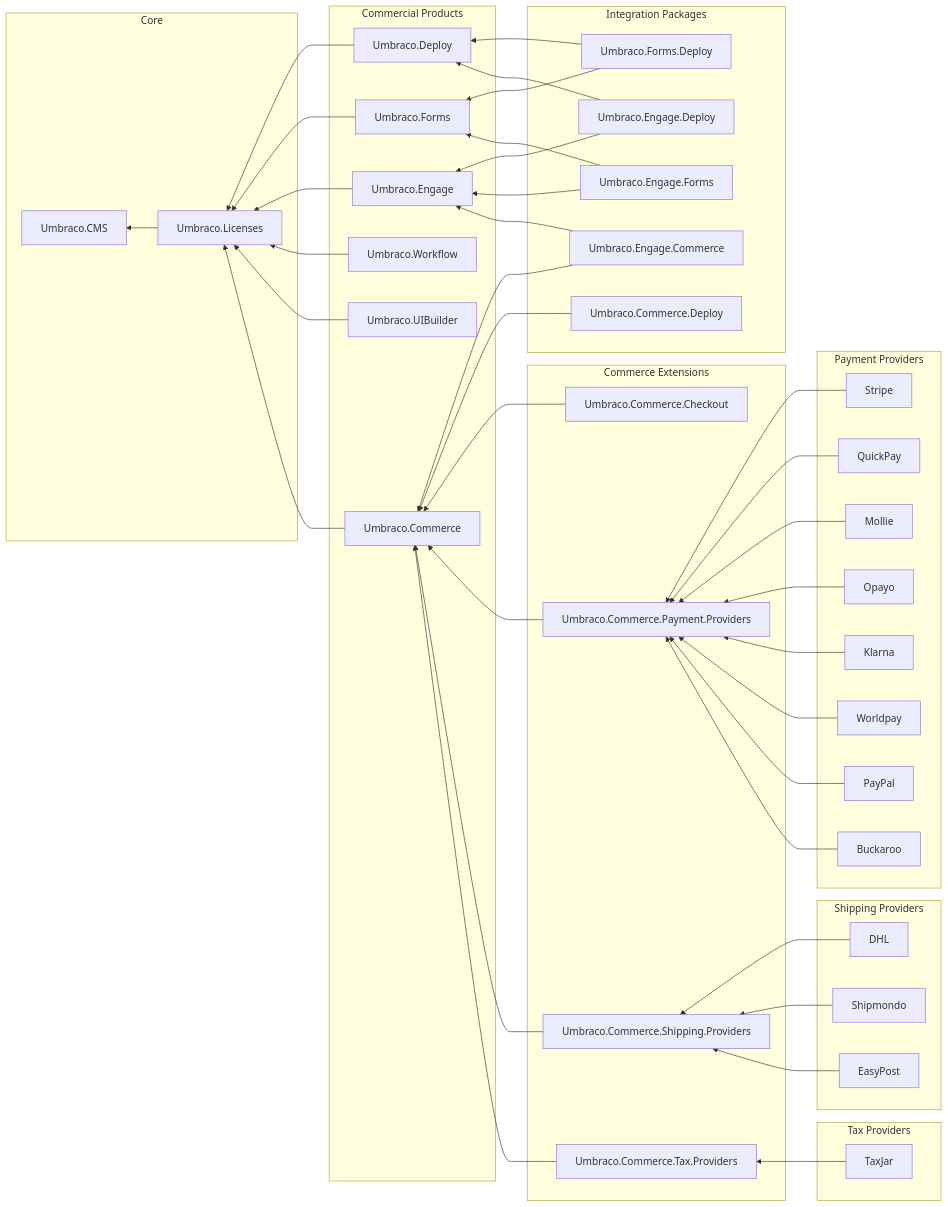
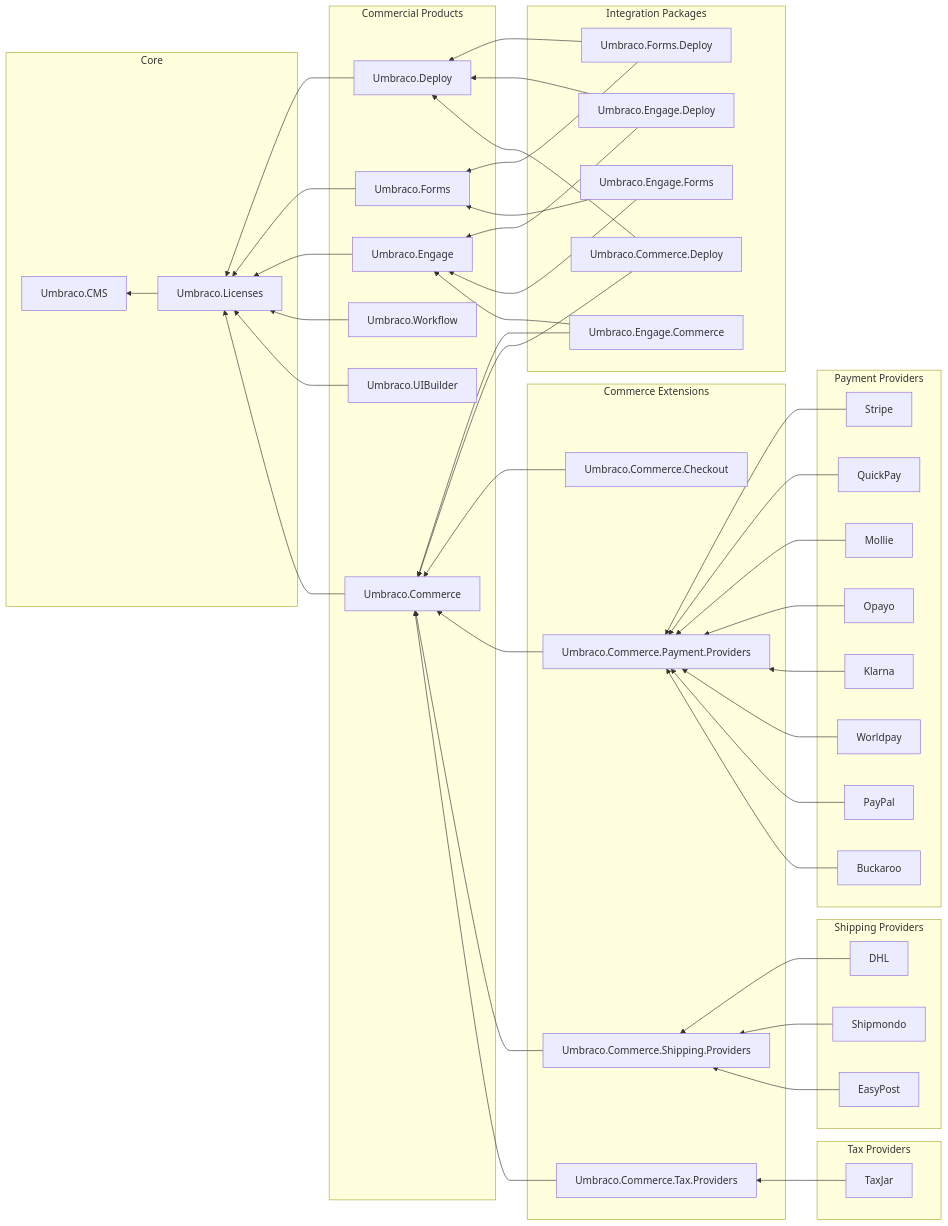
Before and after one commit to umbraco/UmbracoDocs: the diagram in marketplace-and-integrations/commercial-product-dependencies.md, drawn with Mermaid.

````diff
--- a/marketplace-and-integrations/commercial-product-dependencies.md
+++ b/marketplace-and-integrations/commercial-product-dependencies.md
@@ -9,69 +9,70 @@
 ```mermaid
 graph RL
     subgraph Core
         CMS["Umbraco.CMS"]
         Licenses["Umbraco.Licenses"]
         Licenses --> CMS
     end
 
     subgraph "Commercial Products"
         Deploy["Umbraco.Deploy"]
         Forms["Umbraco.Forms"]
         Engage["Umbraco.Engage"]
         Commerce["Umbraco.Commerce"]
         Workflow["Umbraco.Workflow"]
         UIBuilder["Umbraco.UIBuilder"]
     end
 
     Deploy --> Licenses
     Forms --> Licenses
     Engage --> Licenses
     Workflow --> Licenses
     UIBuilder --> Licenses
     Commerce --> Licenses
 
     subgraph "Integration Packages"
         FormsDeploy["Umbraco.Forms.Deploy"]
         EngageDeploy["Umbraco.Engage.Deploy"]
         EngageForms["Umbraco.Engage.Forms"]
         EngageCommerce["Umbraco.Engage.Commerce"]
         CommerceDeploy["Umbraco.Commerce.Deploy"]
     end
 
     FormsDeploy --> Forms
     FormsDeploy --> Deploy
     EngageDeploy --> Engage
     EngageDeploy --> Deploy
     EngageForms --> Engage
     EngageForms --> Forms
     EngageCommerce --> Engage
     EngageCommerce --> Commerce
     CommerceDeploy --> Commerce
+    CommerceDeploy --> Deploy
 
     subgraph "Commerce Extensions"
         CommerceCheckout["Umbraco.Commerce.Checkout"]
         CommercePaymentProviders["Umbraco.Commerce.Payment.Providers"]
         CommerceShippingProviders["Umbraco.Commerce.Shipping.Providers"]
         CommerceTaxProviders["Umbraco.Commerce.Tax.Providers"]
     end
 
     CommerceCheckout --> Commerce
     CommercePaymentProviders --> Commerce
     CommerceShippingProviders --> Commerce
     CommerceTaxProviders --> Commerce
 
     subgraph "Payment Providers"
         Stripe & QuickPay & Mollie & Opayo & Klarna & Worldpay & PayPal & Buckaroo
     end
     Stripe & QuickPay & Mollie & Opayo --> CommercePaymentProviders
     Klarna & Worldpay & PayPal & Buckaroo --> CommercePaymentProviders
 
     subgraph "Shipping Providers"
         DHL & Shipmondo & EasyPost
     end
     DHL & Shipmondo & EasyPost --> CommerceShippingProviders
 
     subgraph "Tax Providers"
         TaxJar --> CommerceTaxProviders
     end
 ```
````
